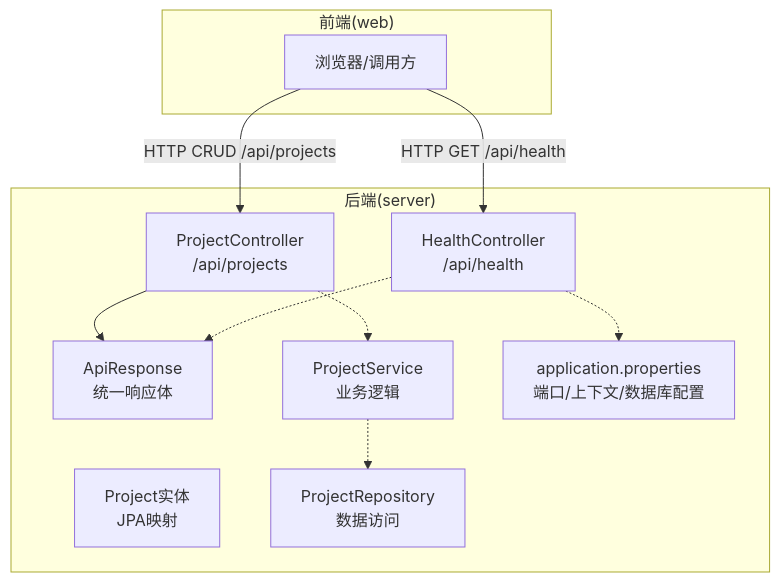
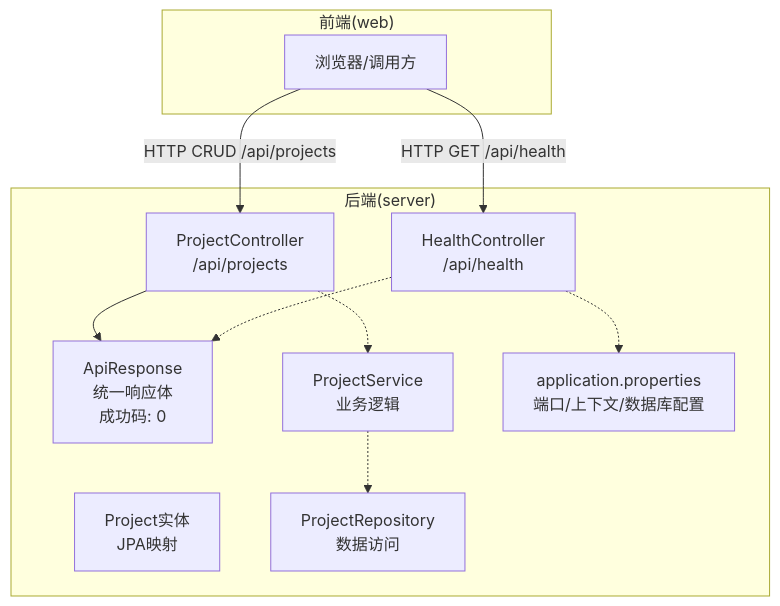
The first of 3 diagrams in .qoder/repowiki/zh/content/后端架构/API控制器层.md (zhou9832/test1-qoder), drawn with Mermaid before and after one commit. The commit also changed other lines of this file and 59 other files, not shown here.

````diff
--- a/.qoder/repowiki/zh/content/后端架构/API控制器层.md
+++ b/.qoder/repowiki/zh/content/后端架构/API控制器层.md
@@ -40,22 +46,22 @@
 ```mermaid
 graph TB
 subgraph "后端(server)"
 A["HealthController<br/>/api/health"]
 B["ProjectController<br/>/api/projects"]
-C["ApiResponse<T><br/>统一响应体"]
+C["ApiResponse<T><br/>统一响应体<br/>成功码: 0"]
 D["Project实体<br/>JPA映射"]
 E["ProjectService<br/>业务逻辑"]
 F["ProjectRepository<br/>数据访问"]
 G["application.properties<br/>端口/上下文/数据库配置"]
 end
 subgraph "前端(web)"
 H["浏览器/调用方"]
 end
 H --> |HTTP GET /api/health| A
 H --> |HTTP CRUD /api/projects| B
 B --> C
 B -.-> E
 E -.-> F
 A -.-> C
 A -.-> G
 ```
````
